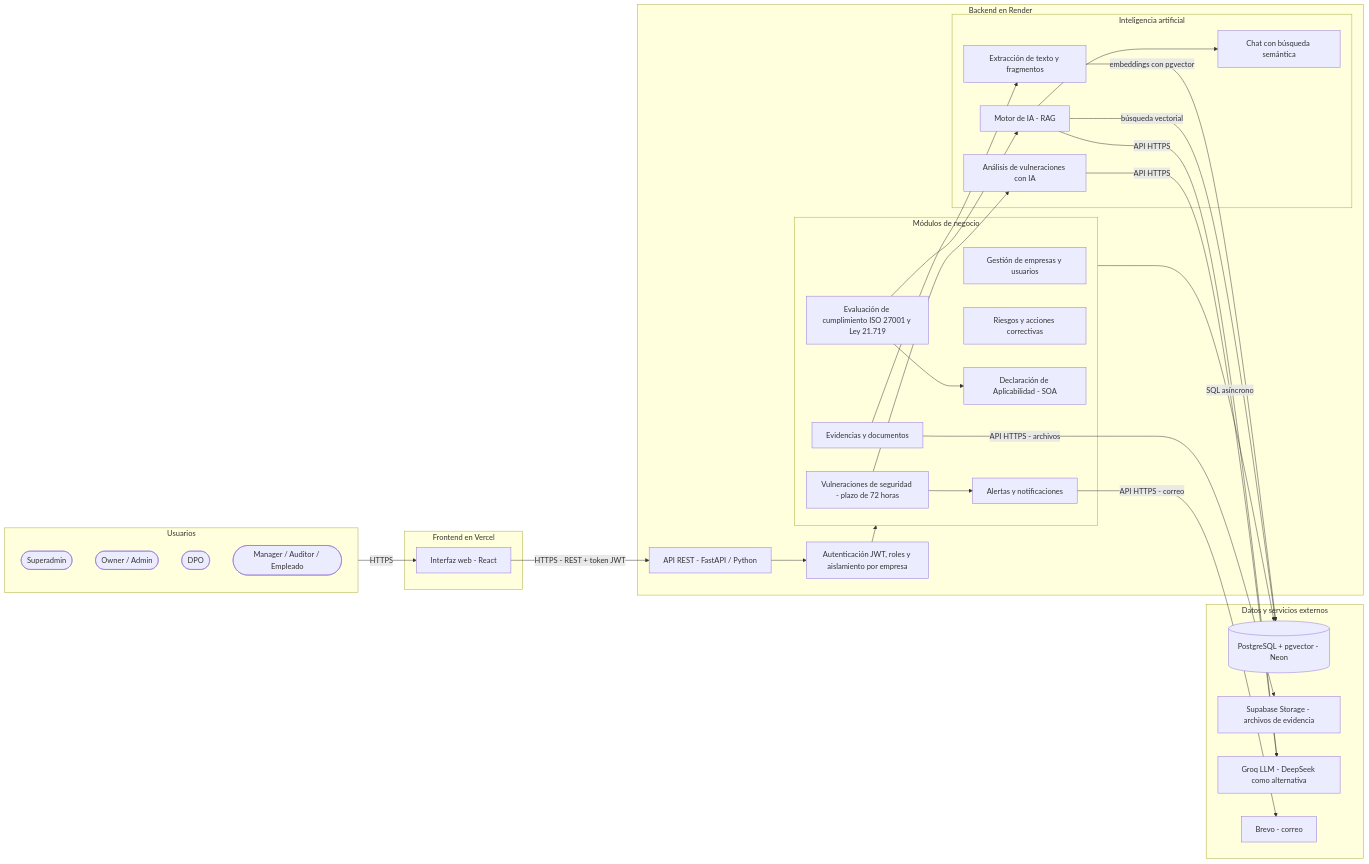
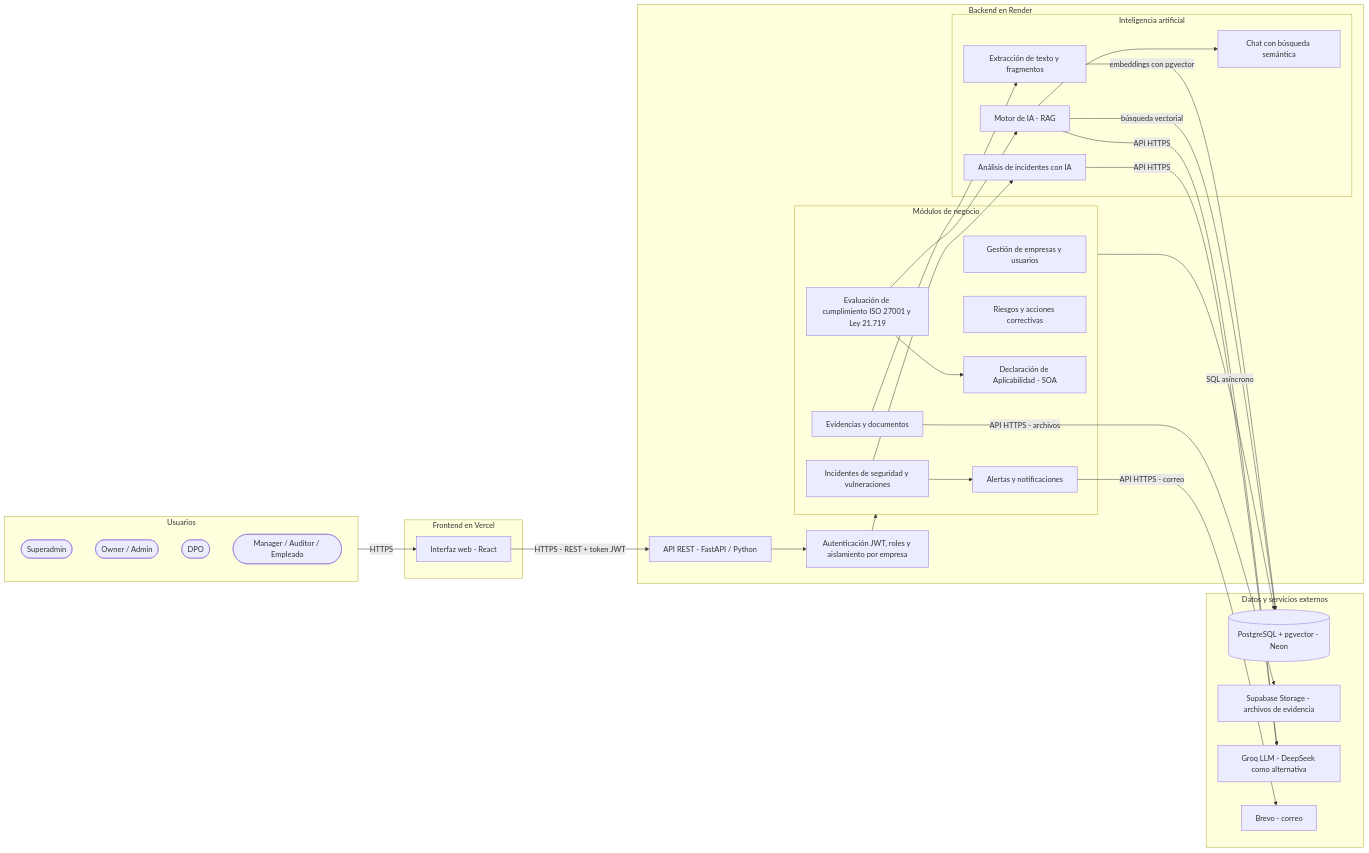
One commit to DiegoBenavidesA/Dani-ISO27001 changed the first of 6 diagrams in docs/tecnico/Documento_de_Diseno.md. Above: the diagram before and after it, drawn with Mermaid. The commit also changed other lines of this file and 5 other files, not shown here.

Commit message:
docs: incidentes de seguridad para ISO 27001 y Ley 21.719, plazo interno de 72 h (la ley exige reportar sin dilaciones indebidas), PB-35 y decisiones D17 y D18

````diff
--- a/docs/tecnico/Documento_de_Diseno.md
+++ b/docs/tecnico/Documento_de_Diseno.md
@@ -42,54 +42,54 @@
 ```mermaid
 flowchart LR
     subgraph usuarios["Usuarios"]
         a1(["Superadmin"])
         a2(["Owner / Admin"])
         a3(["DPO"])
         a4(["Manager / Auditor / Empleado"])
     end
     subgraph frontend["Frontend en Vercel"]
         fe["Interfaz web - React"]
     end
     subgraph backend["Backend en Render"]
         api["API REST - FastAPI / Python"]
         auth["Autenticación JWT, roles y aislamiento por empresa"]
         subgraph modulos["Módulos de negocio"]
             m1["Gestión de empresas y usuarios"]
             m2["Riesgos y acciones correctivas"]
             m3["Declaración de Aplicabilidad - SOA"]
             m4["Evaluación de cumplimiento ISO 27001 y Ley 21.719"]
-            m5["Vulneraciones de seguridad - plazo de 72 horas"]
+            m5["Incidentes de seguridad y vulneraciones"]
             m6["Evidencias y documentos"]
             alertas["Alertas y notificaciones"]
         end
         subgraph ia["Inteligencia artificial"]
             extr["Extracción de texto y fragmentos"]
             motor["Motor de IA - RAG"]
             chat["Chat con búsqueda semántica"]
-            vulia["Análisis de vulneraciones con IA"]
+            vulia["Análisis de incidentes con IA"]
         end
     end
     subgraph externos["Datos y servicios externos"]
         db[("PostgreSQL + pgvector - Neon")]
         files["Supabase Storage - archivos de evidencia"]
         llm["Groq LLM - DeepSeek como alternativa"]
         mail["Brevo - correo"]
     end
     usuarios -->|"HTTPS"| fe
     fe -->|"HTTPS - REST + token JWT"| api
     api --> auth
     auth --> modulos
     m4 --> m3
     m4 --> motor
     m6 --> extr
     m5 --> vulia
     m5 --> alertas
     motor --> chat
     modulos -->|"SQL asíncrono"| db
     extr -->|"embeddings con pgvector"| db
     motor -->|"búsqueda vectorial"| db
     motor -->|"API HTTPS"| llm
     vulia -->|"API HTTPS"| llm
     m6 -->|"API HTTPS - archivos"| files
     alertas -->|"API HTTPS - correo"| mail
 ```
````
